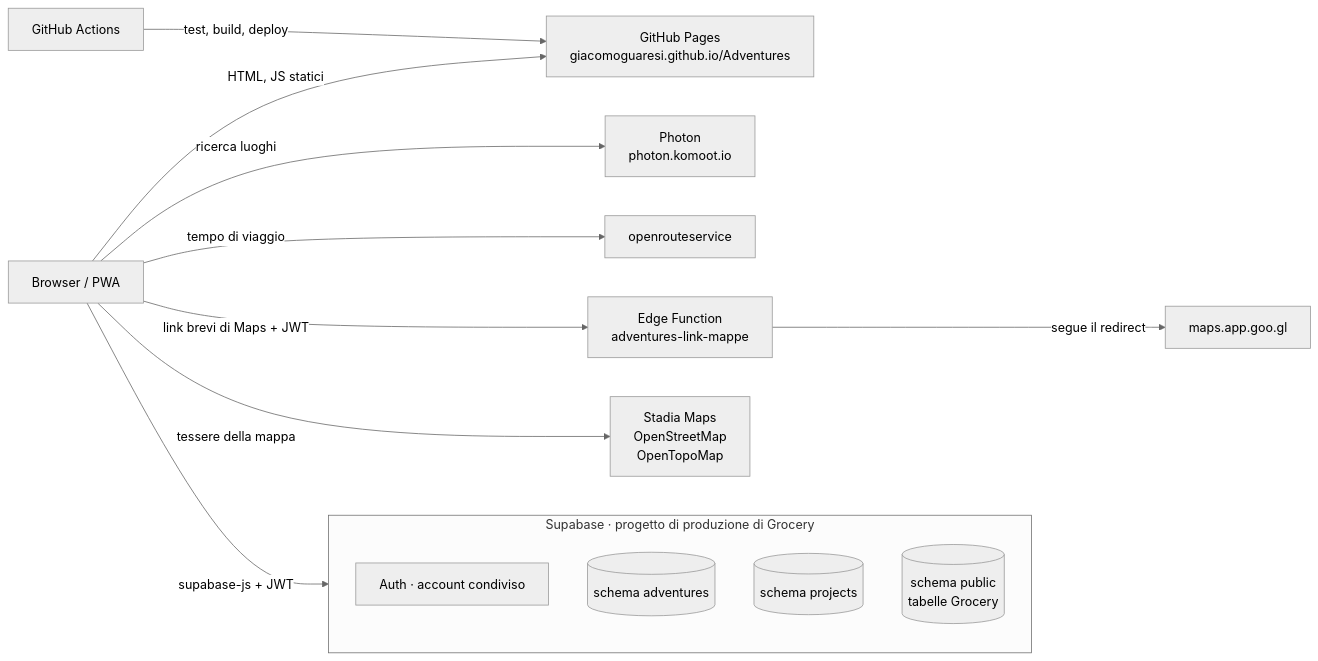
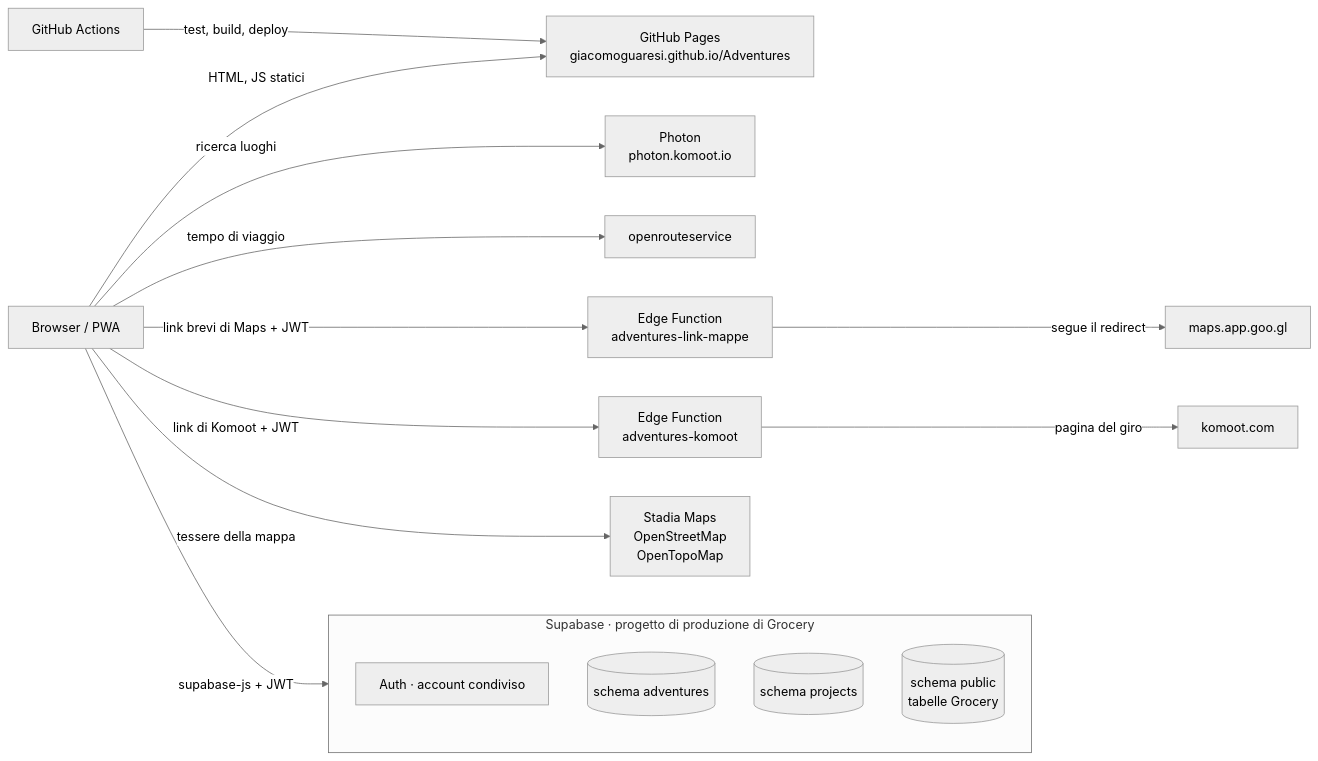
The diagram in docs/03-architettura.md (GiacomoGuaresi/Adventures), drawn with Mermaid (neutral theme) before and after one commit. The commit also changed other lines of this file and 19 other files, not shown here.

First line of the commit message:
Trekking da un link di Komoot

````diff
--- a/docs/03-architettura.md
+++ b/docs/03-architettura.md
@@ -5,17 +5,19 @@
 ```mermaid
 flowchart LR
   U[Browser / PWA] -->|HTML, JS statici| GP[GitHub Pages<br/>giacomoguaresi.github.io/Adventures]
   U -->|supabase-js + JWT| SB
   subgraph SB[Supabase · progetto di produzione di Grocery]
     AUTH[Auth · account condiviso]
     T[(schema adventures)]
     P[(schema projects)]
     G[(schema public<br/>tabelle Grocery)]
   end
   U -->|ricerca luoghi| PH[Photon<br/>photon.komoot.io]
   U -->|tempo di viaggio| ORS[openrouteservice]
   U -->|link brevi di Maps + JWT| EF[Edge Function<br/>adventures-link-mappe]
   EF -->|segue il redirect| GM[maps.app.goo.gl]
+  U -->|link di Komoot + JWT| EK[Edge Function<br/>adventures-komoot]
+  EK -->|pagina del giro| KO[komoot.com]
   U -->|tessere della mappa| TILES[Stadia Maps<br/>OpenStreetMap<br/>OpenTopoMap]
   GH[GitHub Actions] -->|test, build, deploy| GP
 ```
````
